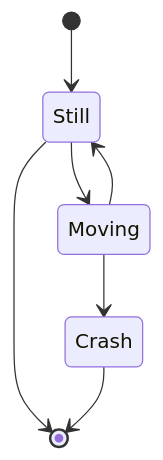
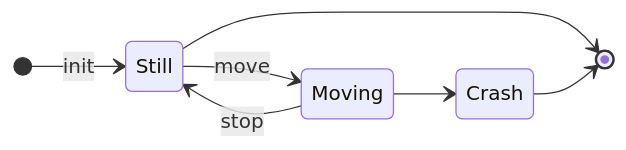
Diagram 11 of 15 in PersonalDoc/学习整理/基础&通用工具/typora.md (zero9230/sanguozhi11), drawn with Mermaid before and after one commit. The commit also changed other lines of this file and 5 other files, not shown here.

Commit message:
new mermaid

````diff
--- a/PersonalDoc/学习整理/基础&通用工具/typora.md
+++ b/PersonalDoc/学习整理/基础&通用工具/typora.md
@@ -453,10 +453,13 @@
 ```mermaid
 stateDiagram
-	[*]-->Still
+	direction LR
+	[*]-->Still:init
 	Still-->[*]
-	
-	Still-->Moving
-	Moving-->Still
-	Moving-->Crash
+	%% this is a comment
+
+	Still-->Moving:move
+	Moving-->Still:stop 
+
+	Moving-->Crash %% this is a comment
 	Crash-->[*]
 ```
````
